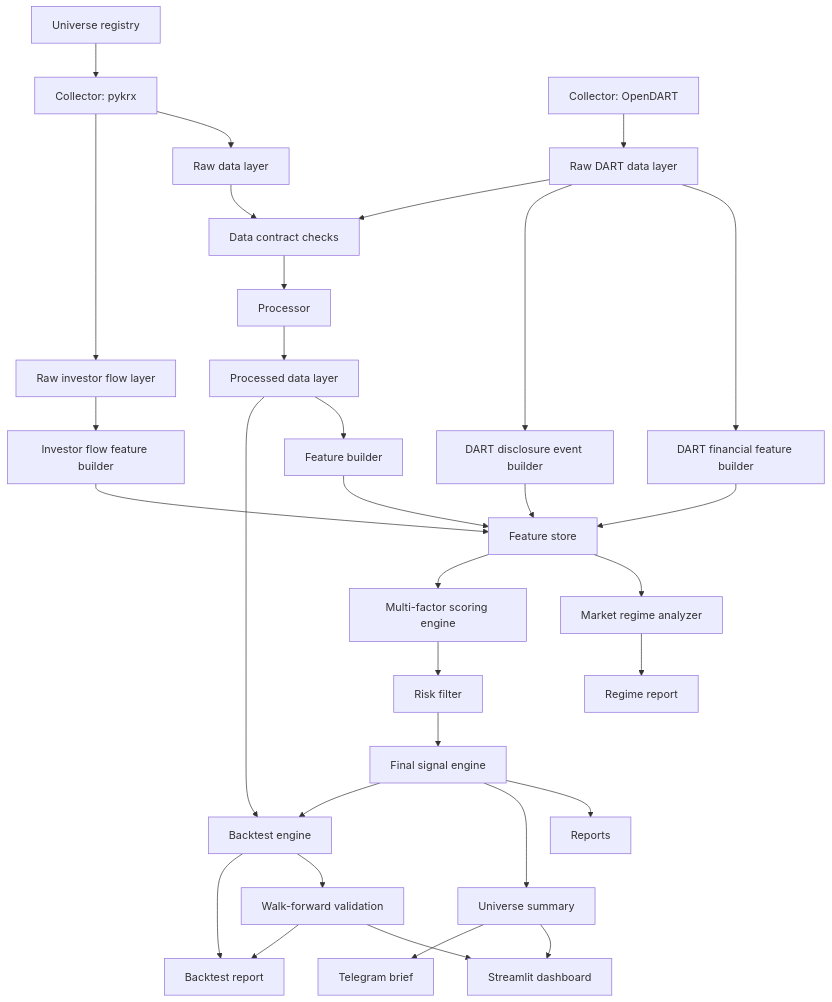
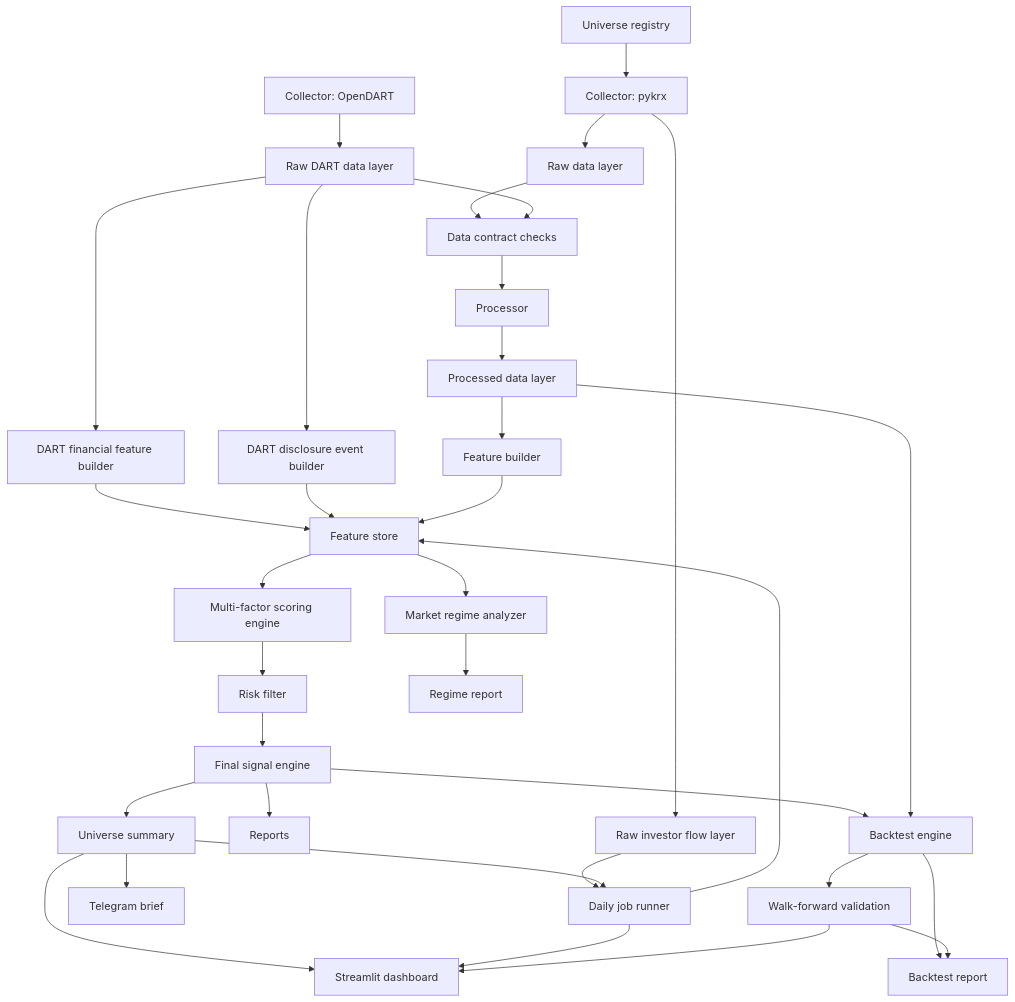
Before and after one commit to pkb0728-lgtm/krx-alpha-platform: the diagram in docs/architecture.md, drawn with Mermaid. The commit also changed other lines of this file and 8 other files, not shown here.

Commit message:
Add daily job scheduler

````diff
--- a/docs/architecture.md
+++ b/docs/architecture.md
@@ -11,34 +11,36 @@
 ```mermaid
 flowchart TD
     U["Universe registry"] --> A
     A["Collector: pykrx"] --> B["Raw data layer"]
     A --> W["Raw investor flow layer"]
     X["Collector: OpenDART"] --> Y["Raw DART data layer"]
     Y --> Z["DART financial feature builder"]
     Y --> V["DART disclosure event builder"]
     Z --> G
     V --> G
     W --> S["Investor flow feature builder"]
     S --> G
     B --> C["Data contract checks"]
     Y --> C
     C --> D["Processor"]
     D --> E["Processed data layer"]
     E --> F["Feature builder"]
     F --> G["Feature store"]
     G --> R["Market regime analyzer"]
     G --> H["Multi-factor scoring engine"]
     H --> I["Risk filter"]
     I --> J["Final signal engine"]
     J --> K["Reports"]
     J --> L["Universe summary"]
+    L --> S["Daily job runner"]
     L --> M["Streamlit dashboard"]
+    S --> M
     L --> T["Telegram brief"]
     J --> N["Backtest engine"]
     E --> N
     N --> Q["Walk-forward validation"]
     N --> O["Backtest report"]
     Q --> M
     Q --> O
     R --> P["Regime report"]
 ```
````
